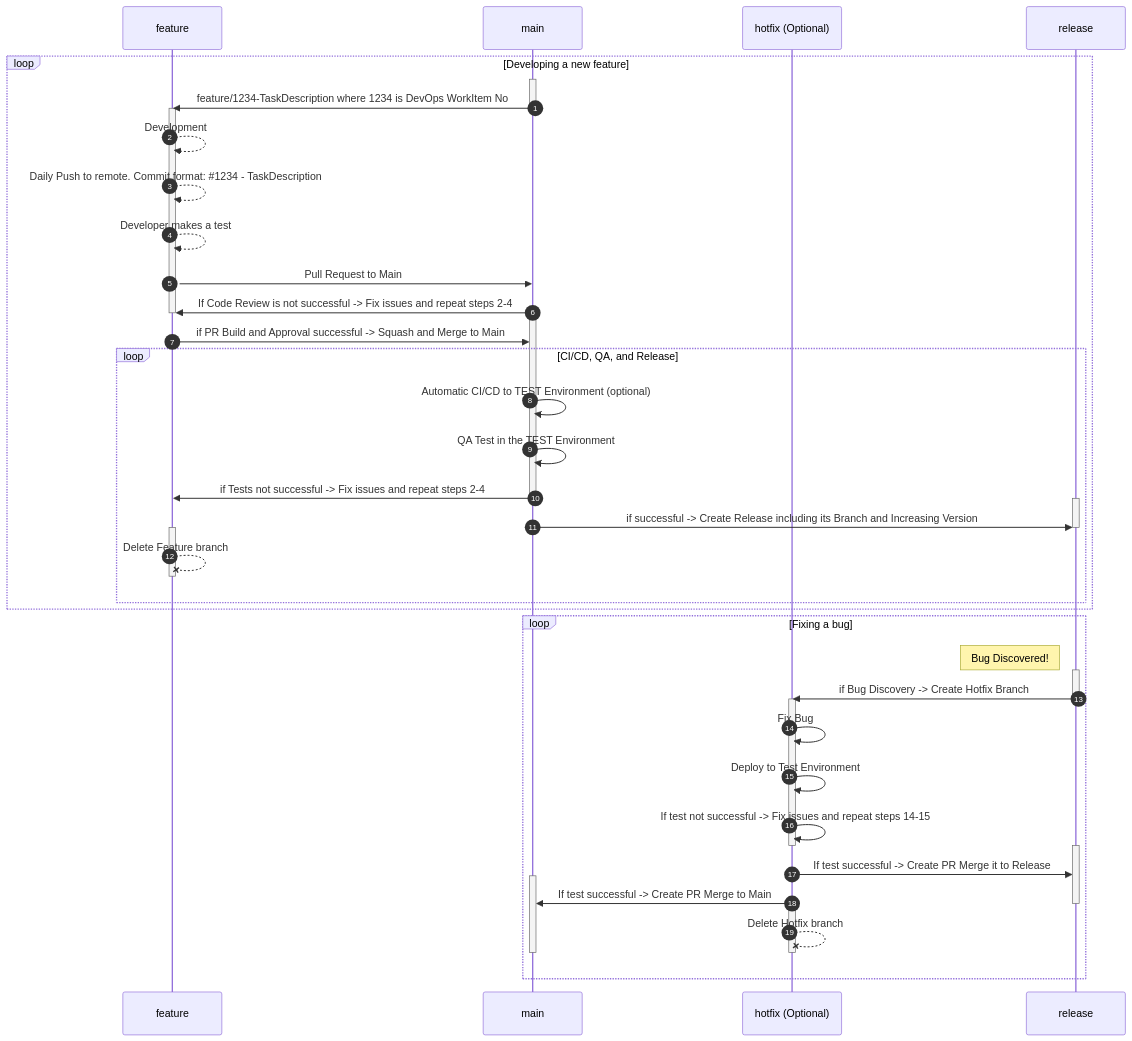
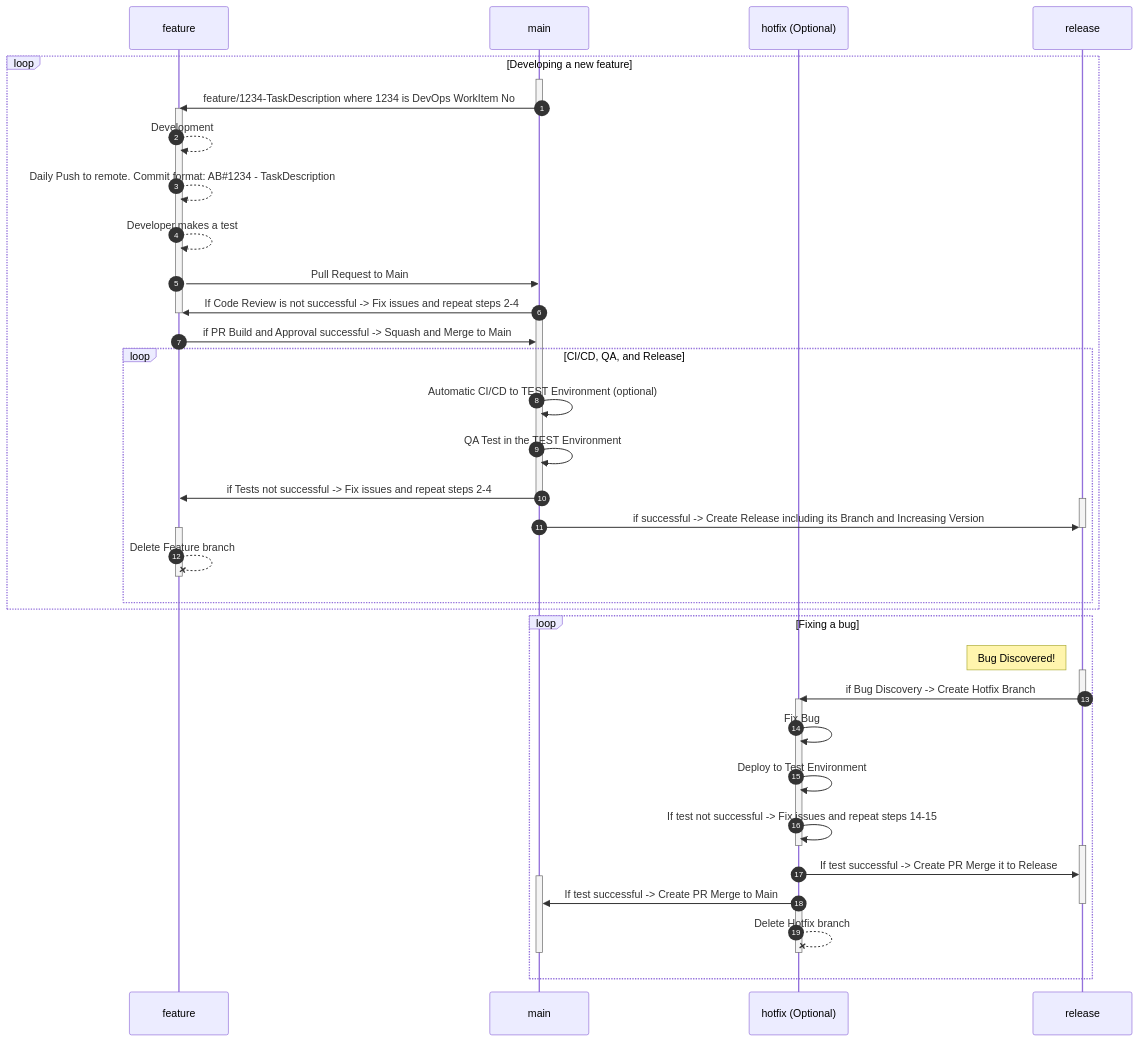
Before and after one commit to ciellosinc/Ciellos-BC-git-flow-template: the diagram in Guides/BranchFlow.md, drawn with Mermaid. The commit also changed other lines of this file and 7 other files, not shown here.

````diff
--- a/Guides/BranchFlow.md
+++ b/Guides/BranchFlow.md
@@ -12,59 +12,59 @@
 ```mermaid
 
 sequenceDiagram
     autonumber
     participant F as feature
     participant M as main
     participant H as hotfix (Optional)
     participant R as release
 
     loop Developing a new feature
         activate M
         M->>F: feature/1234-TaskDescription where 1234 is DevOps WorkItem No
         deactivate M
         activate F
         F-->>F: Development
-        F-->>F: Daily Push to remote. Commit format: #35;1234 - TaskDescription
+        F-->>F: Daily Push to remote. Commit format: AB#35;1234 - TaskDescription
         F-->>F: Developer makes a test
         F->>M: Pull Request to Main
         M->>F: If Code Review is not successful -> Fix issues and repeat steps 2-4
         deactivate F
         activate M
         F->>M: if PR Build and Approval successful -> Squash and Merge to Main
 
     loop CI/CD, QA, and Release
         M->>M: Automatic CI/CD to TEST Environment (optional)
         M->>M: QA Test in the TEST Environment
         M->>F: if Tests not successful -> Fix issues and repeat steps 2-4
         deactivate M
         activate R
         M->>R: if successful -> Create Release including its Branch and Increasing Version
         deactivate R
         activate F
         F--xF: Delete Feature branch
         deactivate F
     end
     end
 
     loop Fixing a bug
         Note left of R: Bug Discovered!
         activate R
         R->>H: if Bug Discovery -> Create Hotfix Branch
         deactivate R
         activate H
         H->>H: Fix Bug
         H->>H: Deploy to Test Environment
         H->>H: If test not successful -> Fix issues and repeat steps 14-15
         deactivate H
         activate R
         H->>R: If test successful -> Create PR Merge it to Release
         activate M
         H->>M: If test successful -> Create PR Merge to Main
         deactivate R
         activate H
         H--xH: Delete Hotfix branch
         deactivate H
         deactivate M
     end
     
 ```
````
